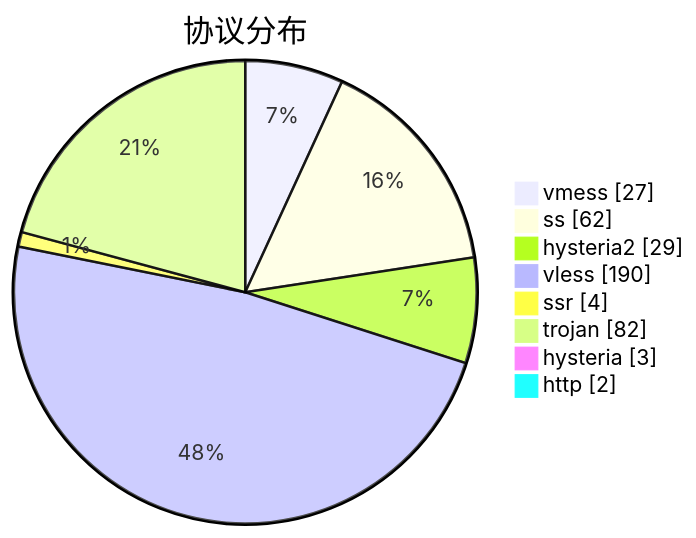
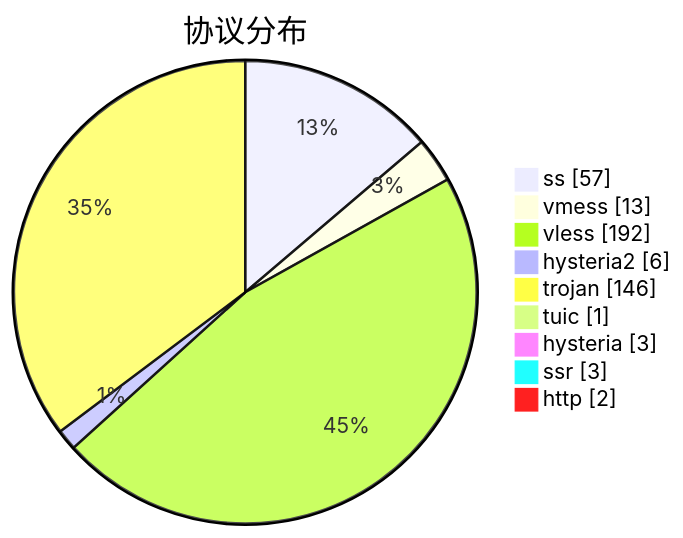
The third of 3 diagrams in subs/statistics/tested_within.md (sinspired/airport), drawn with Mermaid before and after one commit. The commit also changed other lines of this file and 2 other files, not shown here.

````diff
--- a/subs/statistics/tested_within.md
+++ b/subs/statistics/tested_within.md
@@ -43,12 +41,13 @@
 ```mermaid
 pie showData
 title 协议分布
-"vmess" : 27
-"ss" : 62
-"hysteria2" : 29
-"vless" : 190
-"ssr" : 4
-"trojan" : 82
+"ss" : 57
+"vmess" : 13
+"vless" : 192
+"hysteria2" : 6
+"trojan" : 146
+"tuic" : 1
 "hysteria" : 3
+"ssr" : 3
 "http" : 2
 ```
````
